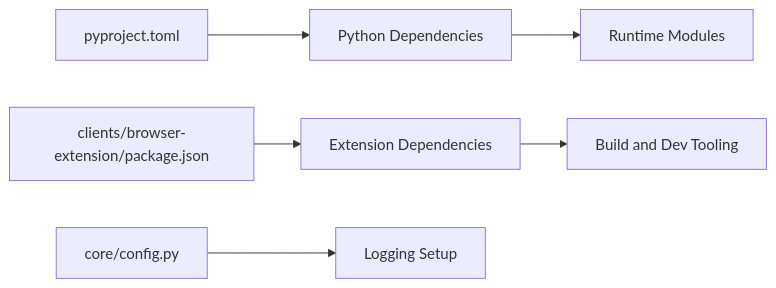
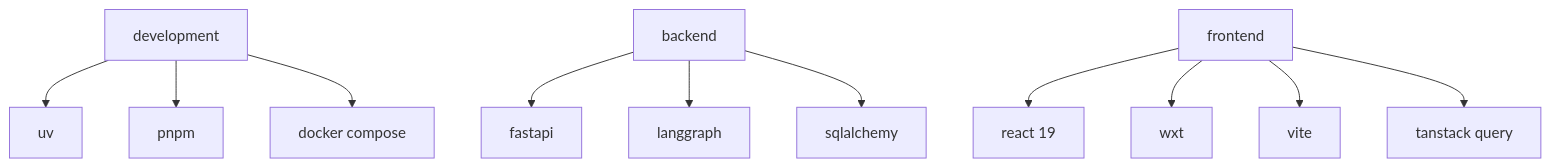
Before and after one commit to tashifkhan/tashif.codes: the fifth of 5 diagrams in src/data/docs/agentic-browser/Development Guidelines.md, drawn with Mermaid. The commit also changed other lines of this file and 114 other files, not shown here.

````diff
--- a/src/data/docs/agentic-browser/Development Guidelines.md
+++ b/src/data/docs/agentic-browser/Development Guidelines.md
@@ -182,8 +176,13 @@
 ```mermaid
-graph LR
-PYMETA["pyproject.toml"] --> DEPS["Python Dependencies"]
-DEPS --> RUNTIME["Runtime Modules"]
-PKGJSON["clients/browser-extension/package.json"] --> EXTDEPS["Extension Dependencies"]
-EXTDEPS --> BUILD["Build and Dev Tooling"]
-CFG["core/config.py"] --> LOGGING["Logging Setup"]
+graph TB
+  Dev["development"] --> UV["uv"]
+  Dev --> PNPM["pnpm"]
+  Dev --> Docker["docker compose"]
+  Backend["backend"] --> FastAPI["fastapi"]
+  Backend --> LangGraph["langgraph"]
+  Backend --> SQL["sqlalchemy"]
+  Frontend["frontend"] --> React["react 19"]
+  Frontend --> WXT["wxt"]
+  Frontend --> Vite["vite"]
+  Frontend --> Query["tanstack query"]
 ```
````
